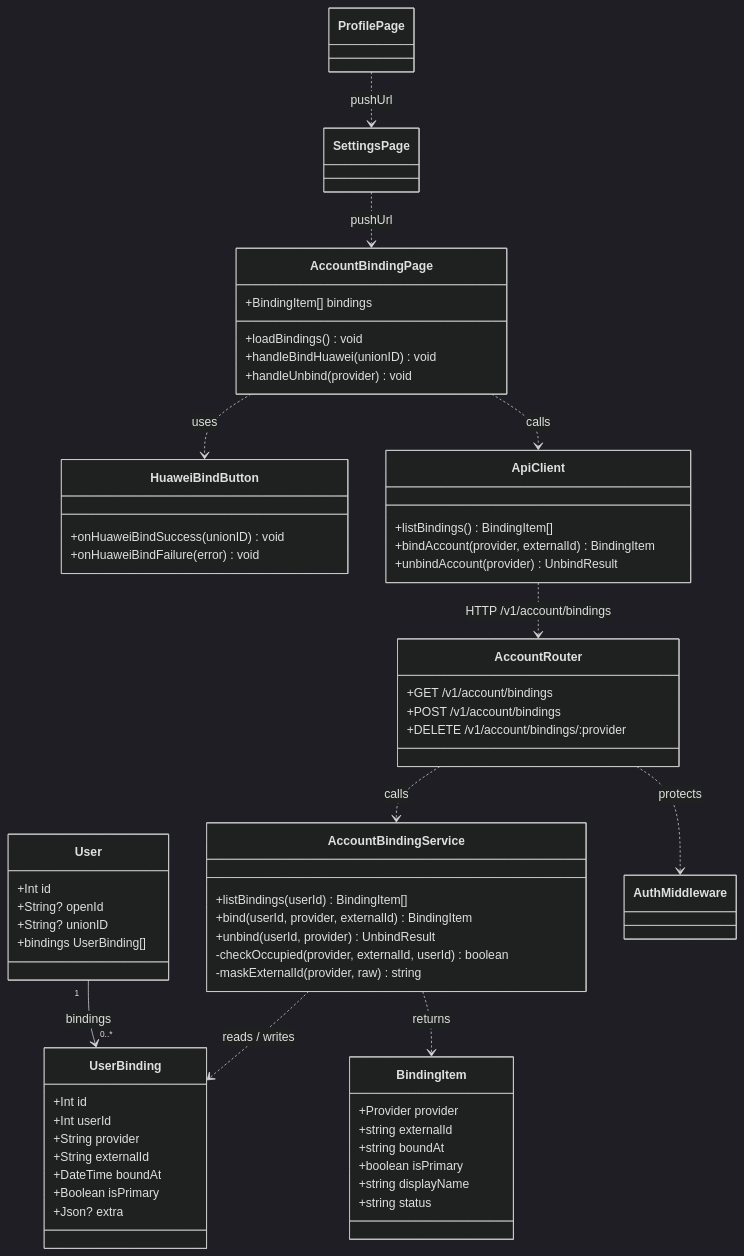
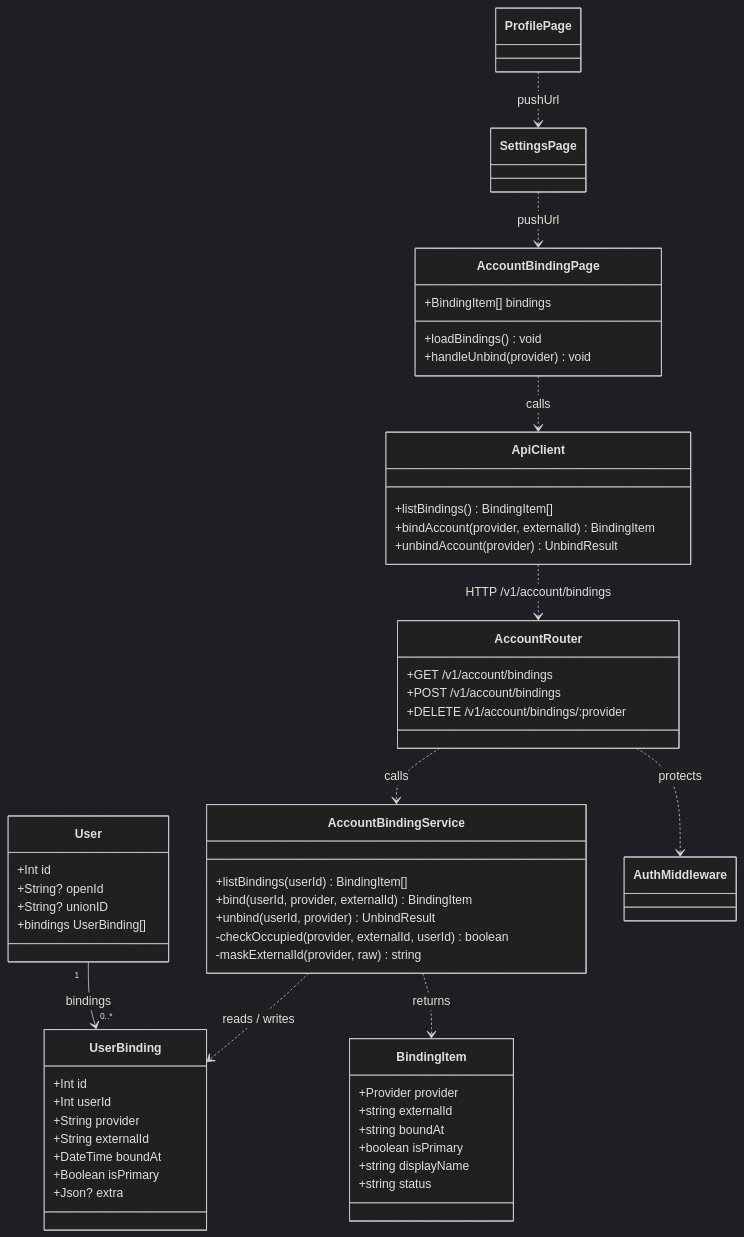
The diagram in entry/Docs/class-diagram.mermaid (2697881905/youju), drawn with Mermaid (dark theme) before and after one commit. The commit also changed 1 other file, not shown here.

Commit message:
docs(account): 绑定图移除已删除的 HuaweiBindButton，改为「登录即绑定」展示态
- class-diagram: 删 HuaweiBindButton 类与其 uses 箭头、handleBindHuawei 回调
- sequence-diagram: 删 HB 参与者，原「绑定华为」时序改为绑定页列表展示时序
- 解绑时序改以第三方(wechat)为例，并注明 huawei 解绑 403 的真实原因

```diff
--- a/entry/Docs/class-diagram.mermaid
+++ b/entry/Docs/class-diagram.mermaid
@@ -1,68 +1,62 @@
 classDiagram
     class User {
       +Int id
       +String? openId
       +String? unionID
       +bindings UserBinding[]
     }
     class UserBinding {
       +Int id
       +Int userId
       +String provider
       +String externalId
       +DateTime boundAt
       +Boolean isPrimary
       +Json? extra
     }
     User "1" --> "0..*" UserBinding : bindings
 
     class AccountBindingService {
       +listBindings(userId) BindingItem[]
       +bind(userId, provider, externalId) BindingItem
       +unbind(userId, provider) UnbindResult
       -checkOccupied(provider, externalId, userId) boolean
       -maskExternalId(provider, raw) string
     }
     AccountBindingService ..> UserBinding : reads / writes
 
     class AccountRouter {
       +GET /v1/account/bindings
       +POST /v1/account/bindings
       +DELETE /v1/account/bindings/:provider
     }
     AccountRouter ..> AccountBindingService : calls
     AccountRouter ..> AuthMiddleware : protects
 
     class BindingItem {
       +Provider provider
       +string externalId
       +string boundAt
       +boolean isPrimary
       +string displayName
       +string status
     }
     AccountBindingService ..> BindingItem : returns
 
-    class HuaweiBindButton {
-      +onHuaweiBindSuccess(unionID) void
-      +onHuaweiBindFailure(error) void
-    }
     class AccountBindingPage {
       +BindingItem[] bindings
       +loadBindings() void
-      +handleBindHuawei(unionID) void
       +handleUnbind(provider) void
     }
     class SettingsPage
     class ProfilePage
     class ApiClient {
       +listBindings() BindingItem[]
       +bindAccount(provider, externalId) BindingItem
       +unbindAccount(provider) UnbindResult
     }
 
-    AccountBindingPage ..> HuaweiBindButton : uses
     AccountBindingPage ..> ApiClient : calls
     ApiClient ..> AccountRouter : HTTP /v1/account/bindings
     SettingsPage ..> AccountBindingPage : pushUrl
     ProfilePage ..> SettingsPage : pushUrl
```
